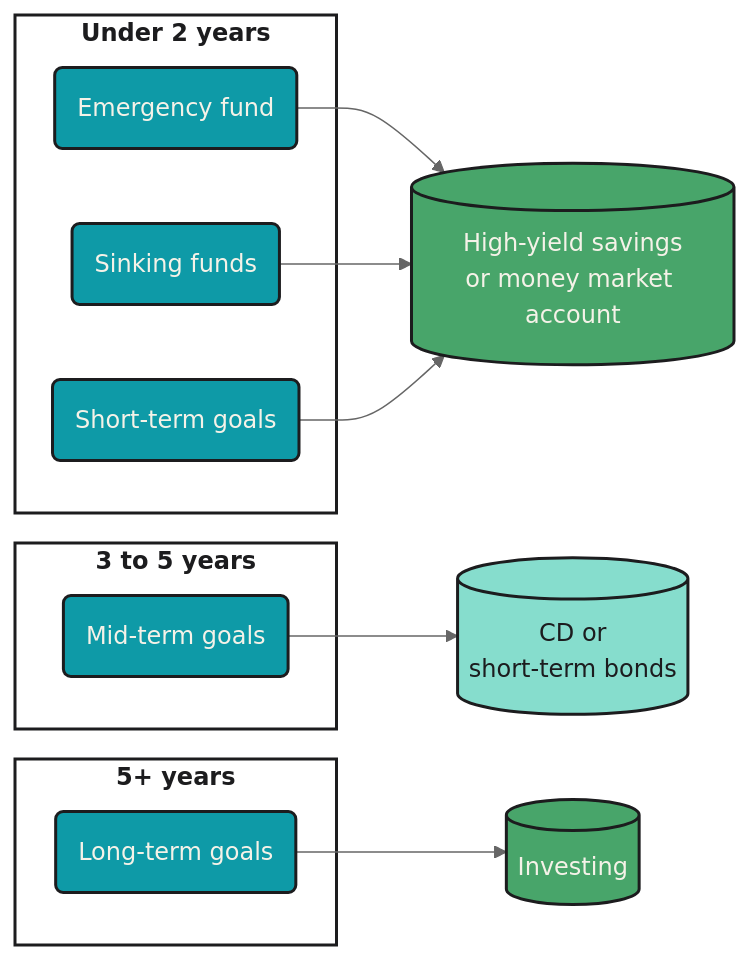
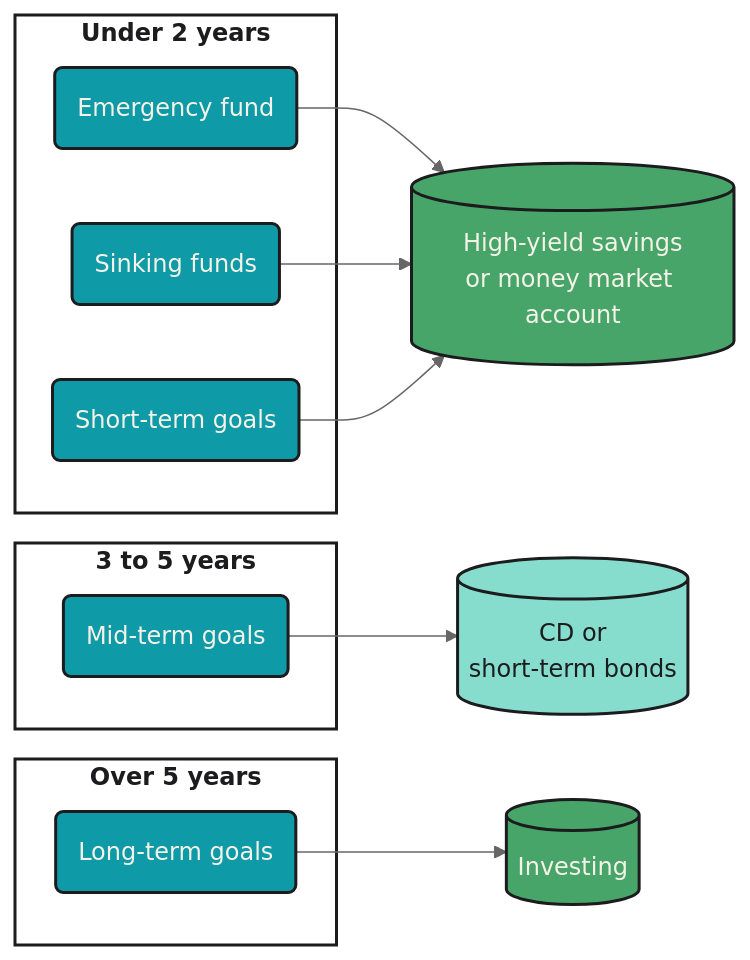
Before and after one commit to mjfrigaard/fm-finance: the second of 2 diagrams in high_yield_accounts.qmd, drawn with Mermaid. The commit also changed other lines of this file and 22 other files, not shown here.

````diff
--- a/high_yield_accounts.qmd
+++ b/high_yield_accounts.qmd
@@ -229,34 +228,34 @@
 ```{mermaid}
 %%| fig-cap: 'Savings by Time Horizon'
 %%| fig-align: center
 %%{init: {'theme': 'neutral', 'themeVariables': { 'fontFamily': 'monospace', "darkMode":false, "fontSize":"16px"}}}%%
 
 flowchart LR
     subgraph Short["<strong>Under 2 years</strong>"]
         EF("Emergency fund")
         Sink("Sinking funds")
         STG("Short-term goals")
     end
     subgraph Mid["<strong>3 to 5 years</strong>"]
         MTG("Mid-term goals")
     end
-    subgraph Long["<strong>5+ years</strong>"]
+    subgraph Long["<strong>Over 5 years</strong>"]
         LTG("Long-term goals")
     end
     EF --> HYSA[("High-yield savings<br>or money market account")]
     Sink --> HYSA
     STG --> HYSA
     MTG --> CD[("CD or<br>short-term bonds")]
     LTG --> Inv[("Investing")]
     style EF fill:#0e9aa7,color:#F5F2E8,stroke:#1C1C1E,stroke-width:2px
     style Sink fill:#0e9aa7,color:#F5F2E8,stroke:#1C1C1E,stroke-width:2px
     style STG fill:#0e9aa7,color:#F5F2E8,stroke:#1C1C1E,stroke-width:2px
     style MTG fill:#0e9aa7,color:#F5F2E8,stroke:#1C1C1E,stroke-width:2px
     style LTG fill:#0e9aa7,color:#F5F2E8,stroke:#1C1C1E,stroke-width:2px
     style HYSA fill:#48a56a,color:#F5F2E8,stroke:#1C1C1E,stroke-width:2px
     style CD fill:#86ddcd,color:#1C1C1E,stroke:#1C1C1E,stroke-width:2px
     style Inv fill:#48a56a,color:#F5F2E8,stroke:#1C1C1E,stroke-width:2px
     style Short fill:#FFFFFF,color:#1C1C1E,stroke:#1C1C1E,stroke-width:2px
     style Mid fill:#FFFFFF,color:#1C1C1E,stroke:#1C1C1E,stroke-width:2px
     style Long fill:#FFFFFF,color:#1C1C1E,stroke:#1C1C1E,stroke-width:2px
 ```
````
